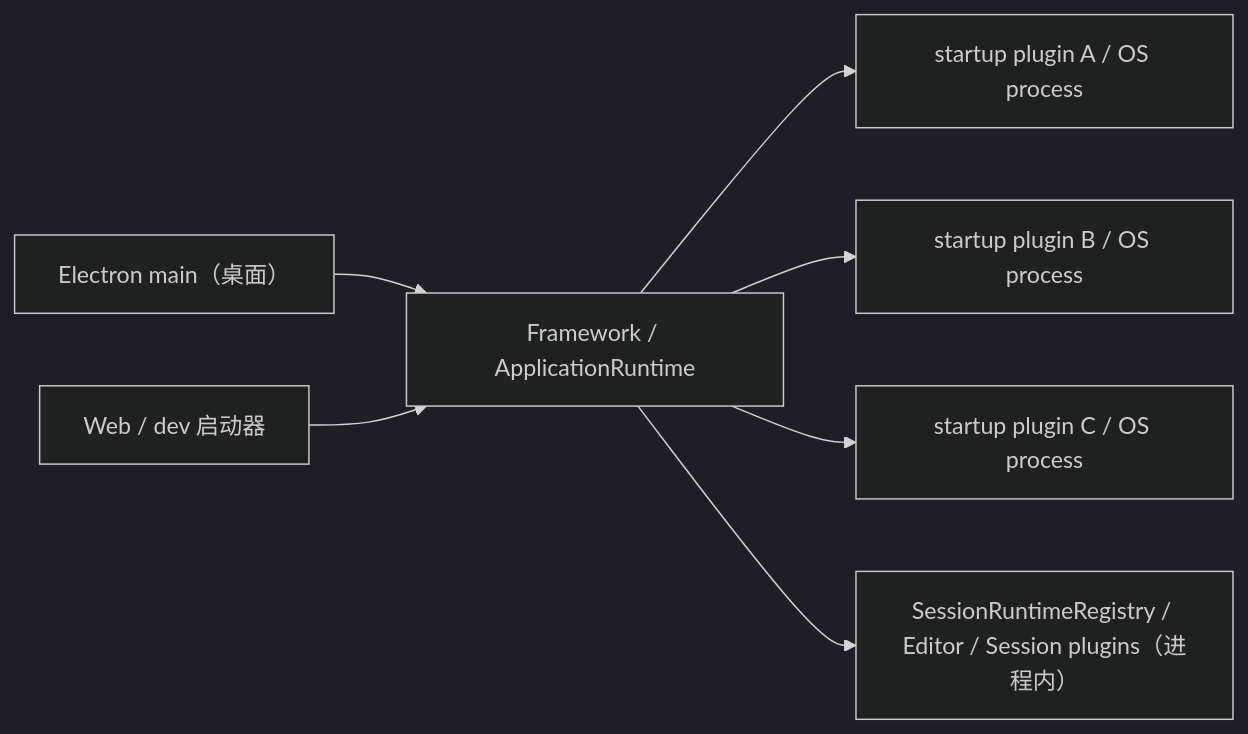
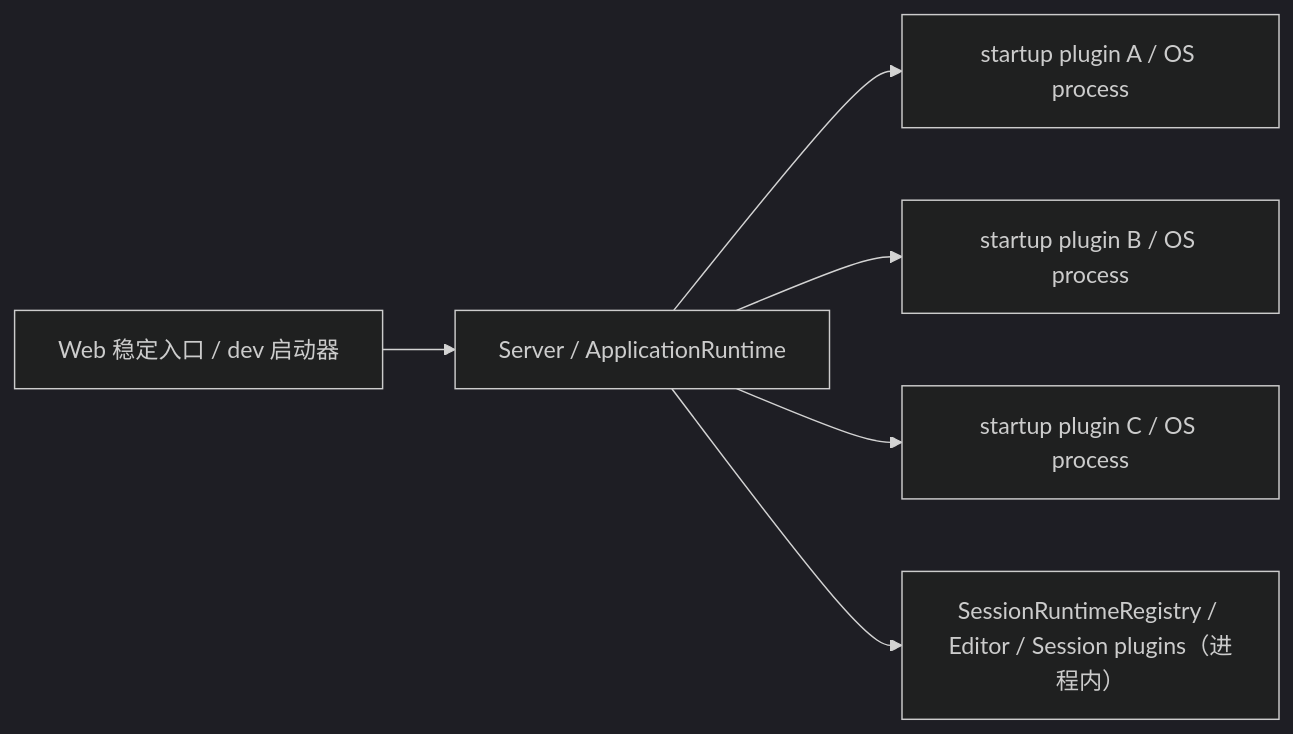
One commit to itharbors/harbors changed the first of 3 diagrams in docs/architecture/plugin-runtime-model.md. Above: the diagram before and after it, drawn with Mermaid (dark theme). The commit also changed other lines of this file and 650 other files, not shown here.

````diff
--- a/docs/architecture/plugin-runtime-model.md
+++ b/docs/architecture/plugin-runtime-model.md
@@ -104,9 +104,8 @@
 ```mermaid
 flowchart LR
-    E["Electron main（桌面）"] --> F["Framework / ApplicationRuntime"]
-    W["Web / dev 启动器"] --> F
+    W["Web 稳定入口 / dev 启动器"] --> F["Server / ApplicationRuntime"]
     F --> A["startup plugin A / OS process"]
     F --> B["startup plugin B / OS process"]
     F --> C["startup plugin C / OS process"]
     F --> S["SessionRuntimeRegistry / Editor / Session plugins（进程内）"]
 ```
````
